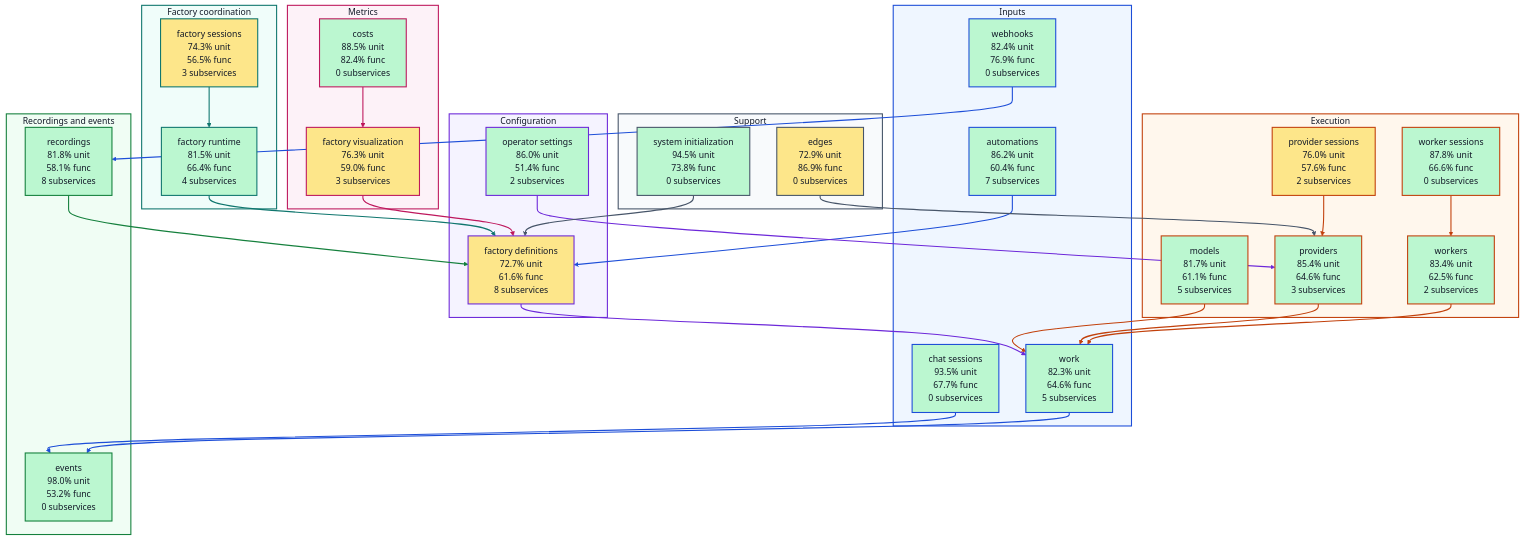
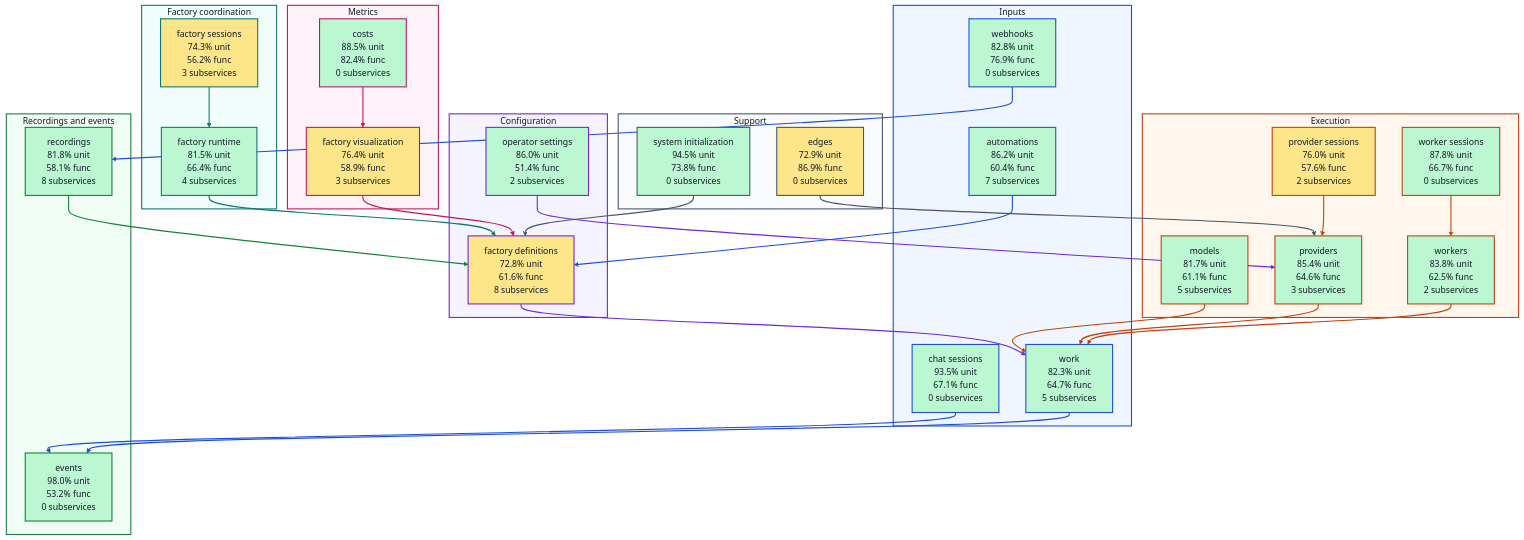
Before and after one commit to portpowered/you-agent-factory: the diagram in docs/architecture/visualizations/high-level-test-coverage.md, drawn with Mermaid (base theme). The commit also changed other lines of this file and 20 other files, not shown here.

Commit message:
docs: refresh backend architecture visualizations

```diff
--- a/docs/architecture/visualizations/high-level-test-coverage.md
+++ b/docs/architecture/visualizations/high-level-test-coverage.md
@@ -12,24 +12,24 @@
 flowchart TB
   subgraph input["Inputs"]
     s_services_automations["automations<br/>86.2% unit<br/>60.4% func<br/>7 subservices"]
-    s_services_chat_sessions["chat sessions<br/>93.5% unit<br/>67.7% func<br/>0 subservices"]
-    s_services_webhooks["webhooks<br/>82.4% unit<br/>76.9% func<br/>0 subservices"]
-    s_services_work["work<br/>82.3% unit<br/>64.6% func<br/>5 subservices"]
+    s_services_chat_sessions["chat sessions<br/>93.5% unit<br/>67.1% func<br/>0 subservices"]
+    s_services_webhooks["webhooks<br/>82.8% unit<br/>76.9% func<br/>0 subservices"]
+    s_services_work["work<br/>82.3% unit<br/>64.7% func<br/>5 subservices"]
   end
   subgraph configuration["Configuration"]
-    s_services_factory_definitions["factory definitions<br/>72.7% unit<br/>61.6% func<br/>8 subservices"]
+    s_services_factory_definitions["factory definitions<br/>72.8% unit<br/>61.6% func<br/>8 subservices"]
     s_services_operator_settings["operator settings<br/>86.0% unit<br/>51.4% func<br/>2 subservices"]
   end
   subgraph coordination["Factory coordination"]
     s_services_factory_runtime["factory runtime<br/>81.5% unit<br/>66.4% func<br/>4 subservices"]
-    s_services_factory_sessions["factory sessions<br/>74.3% unit<br/>56.5% func<br/>3 subservices"]
+    s_services_factory_sessions["factory sessions<br/>74.3% unit<br/>56.2% func<br/>3 subservices"]
   end
   subgraph execution["Execution"]
     s_services_models["models<br/>81.7% unit<br/>61.1% func<br/>5 subservices"]
     s_services_provider_sessions["provider sessions<br/>76.0% unit<br/>57.6% func<br/>2 subservices"]
     s_services_providers["providers<br/>85.4% unit<br/>64.6% func<br/>3 subservices"]
-    s_services_worker_sessions["worker sessions<br/>87.8% unit<br/>66.6% func<br/>0 subservices"]
-    s_services_workers["workers<br/>83.4% unit<br/>62.5% func<br/>2 subservices"]
+    s_services_worker_sessions["worker sessions<br/>87.8% unit<br/>66.7% func<br/>0 subservices"]
+    s_services_workers["workers<br/>83.8% unit<br/>62.5% func<br/>2 subservices"]
   end
   subgraph recordings["Recordings and events"]
     s_services_events["events<br/>98.0% unit<br/>53.2% func<br/>0 subservices"]
@@ -37,7 +37,7 @@
   end
   subgraph metrics["Metrics"]
     s_services_costs["costs<br/>88.5% unit<br/>82.4% func<br/>0 subservices"]
-    s_services_factory_visualization["factory visualization<br/>76.3% unit<br/>59.0% func<br/>3 subservices"]
+    s_services_factory_visualization["factory visualization<br/>76.4% unit<br/>58.9% func<br/>3 subservices"]
   end
   subgraph support["Support"]
     s_services_edges["edges<br/>72.9% unit<br/>86.9% func<br/>0 subservices"]
```
